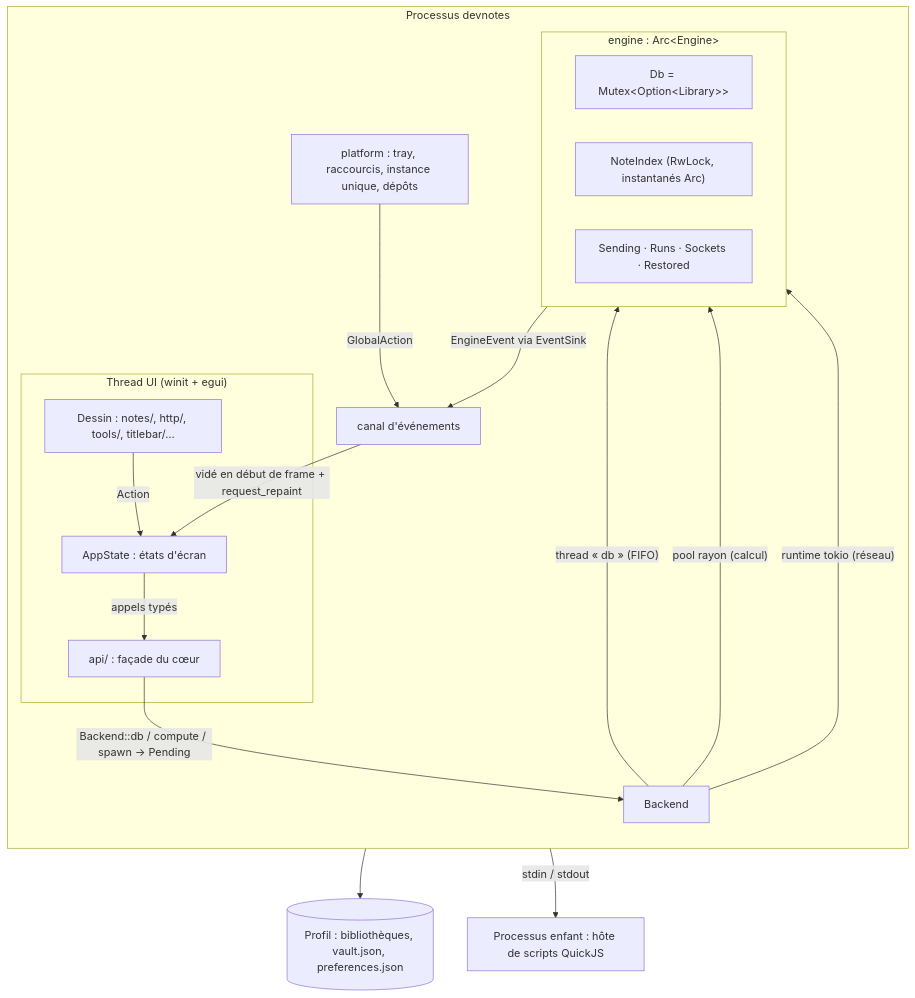
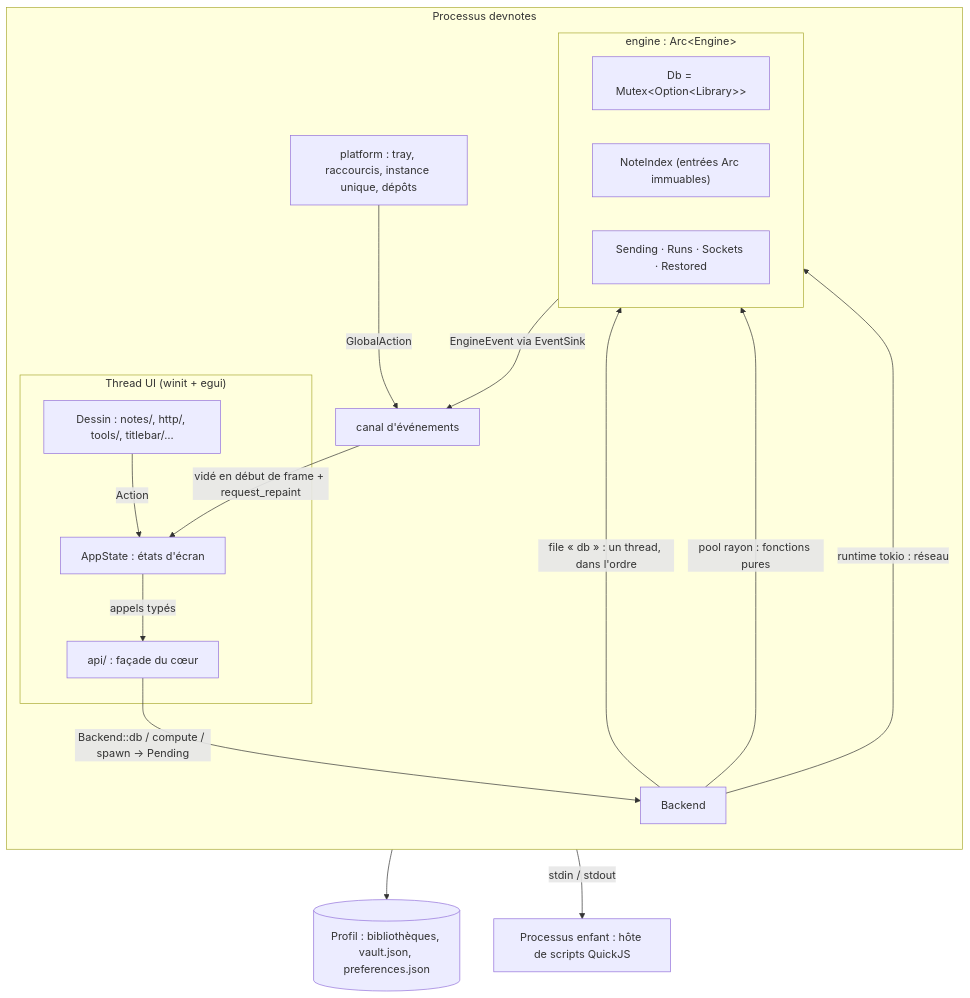
One commit to vmillet-dev/devnotes-rs changed the second of 7 diagrams in docs/egui-migration-plan.md. Above: the diagram before and after it, drawn with Mermaid. The commit also changed other lines of this file and 1 other file, not shown here.

First line of the commit message:
Architecture: one ordered database queue, HTTP in three steps

````diff
--- a/docs/egui-migration-plan.md
+++ b/docs/egui-migration-plan.md
@@ -315,24 +315,24 @@
 ```mermaid
 flowchart TB
   subgraph proc["Processus devnotes"]
     direction TB
     subgraph uith["Thread UI (winit + egui)"]
       draw["Dessin : notes/, http/, tools/, titlebar/…"] -->|Action| state["AppState : états d'écran"]
       state -->|appels typés| api["api/ : façade du cœur"]
     end
     api -->|"Backend::db / compute / spawn → Pending"| backend["Backend"]
-    backend -->|"thread « db » (FIFO)"| core
-    backend -->|"pool rayon (calcul)"| core
-    backend -->|"runtime tokio (réseau)"| core
+    backend -->|"file « db » : un thread, dans l'ordre"| core
+    backend -->|"pool rayon : fonctions pures"| core
+    backend -->|"runtime tokio : réseau"| core
     subgraph core["engine : Arc#lt;Engine#gt;"]
       db["Db = Mutex#lt;Option#lt;Library#gt;#gt;"]
-      idx["NoteIndex (RwLock, instantanés Arc)"]
+      idx["NoteIndex (entrées Arc immuables)"]
       net["Sending · Runs · Sockets · Restored"]
     end
     core -->|"EngineEvent via EventSink"| chan["canal d'événements"]
     plat["platform : tray, raccourcis, instance unique, dépôts"] -->|"GlobalAction"| chan
     chan -->|"vidé en début de frame + request_repaint"| state
   end
   core --> disk[("Profil : bibliothèques, vault.json, preferences.json")]
   core -->|"stdin / stdout"| host["Processus enfant : hôte de scripts QuickJS"]
 ```
````
